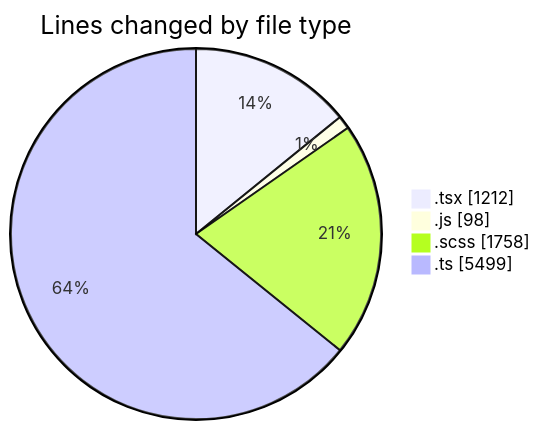
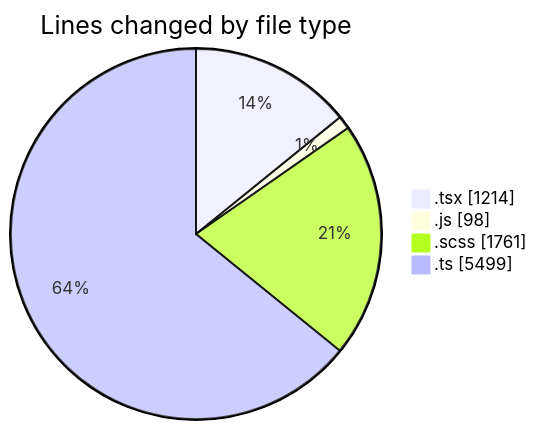
Before and after one commit to momahboobian/code-tracking: the first of 2 diagrams in 2025-03-31/cda/README.md, drawn with Mermaid. The commit also changed other lines of this file and 1 other file, not shown here.

````diff
--- a/2025-03-31/cda/README.md
+++ b/2025-03-31/cda/README.md
@@ -39,8 +39,8 @@
 ```mermaid
 pie showData
 title Lines changed by file type
-".tsx" : 1212
+".tsx" : 1214
 ".js" : 98
-".scss" : 1758
+".scss" : 1761
 ".ts" : 5499
 ```
````
